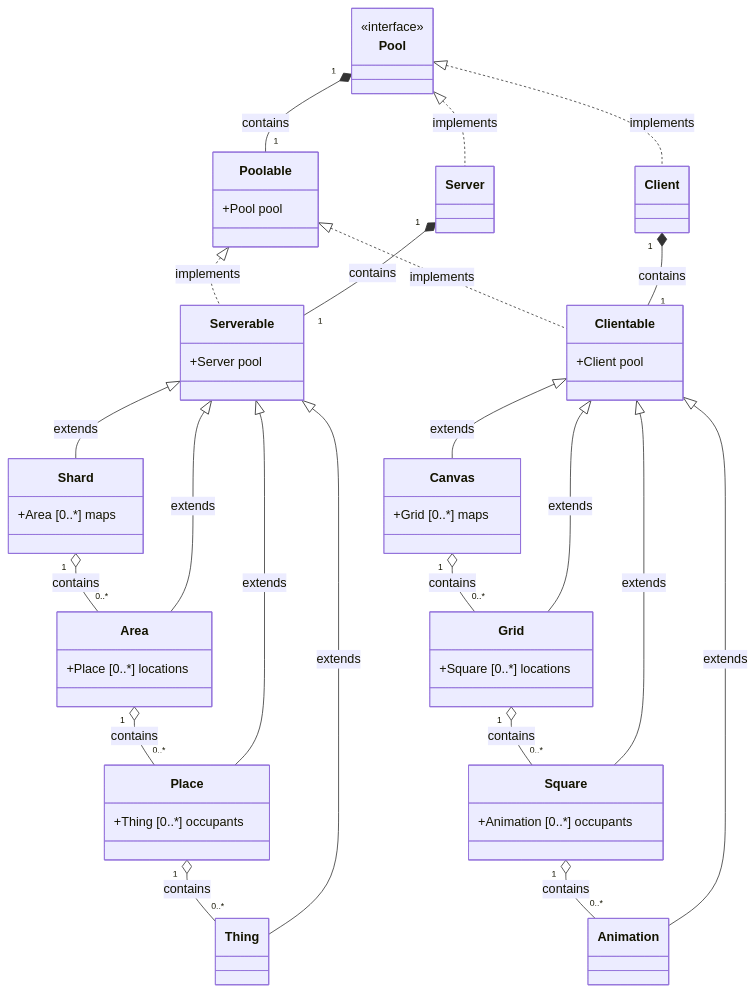
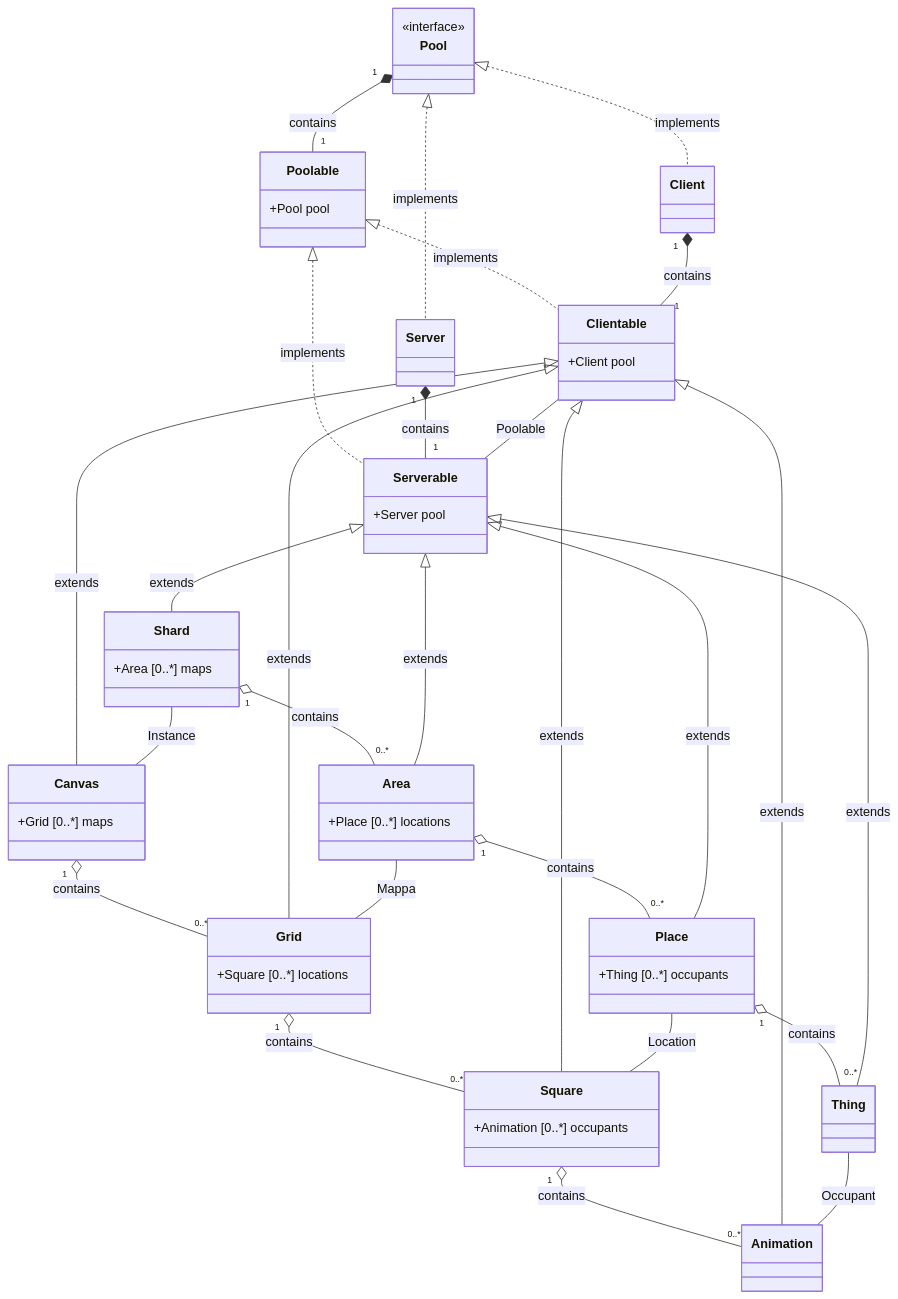
Before and after one commit to cpuabuse/dungeon-together: the diagram in src/docs/pool.md, drawn with Mermaid. The commit also changed 1 other file, not shown here.

Commit message:
Add: Associations to UML

````diff
--- a/src/docs/pool.md
+++ b/src/docs/pool.md
@@ -58,11 +58,9 @@
 
 	%% Pool
 	Pool "1" *-- "1" Poolable : contains
-
 	Pool <|.. Server : implements
 	Poolable <|.. Serverable : implements
 	Server "1" *-- "1" Serverable: contains
-
 	Pool <|.. Client : implements
 	Poolable <|.. Clientable : implements
 	Client "1" *-- "1" Clientable : contains
@@ -84,4 +82,11 @@
 	Clientable <|-- Square : extends
 	Square "1" o-- "0..*" Animation : contains
 	Clientable <|-- Animation : extends
+
+	%% Associations
+	Clientable -- Serverable : Poolable
+	Shard -- Canvas : Instance
+	Area -- Grid : Mappa
+	Place -- Square : Location
+	Thing -- Animation : Occupant
 ```
````
